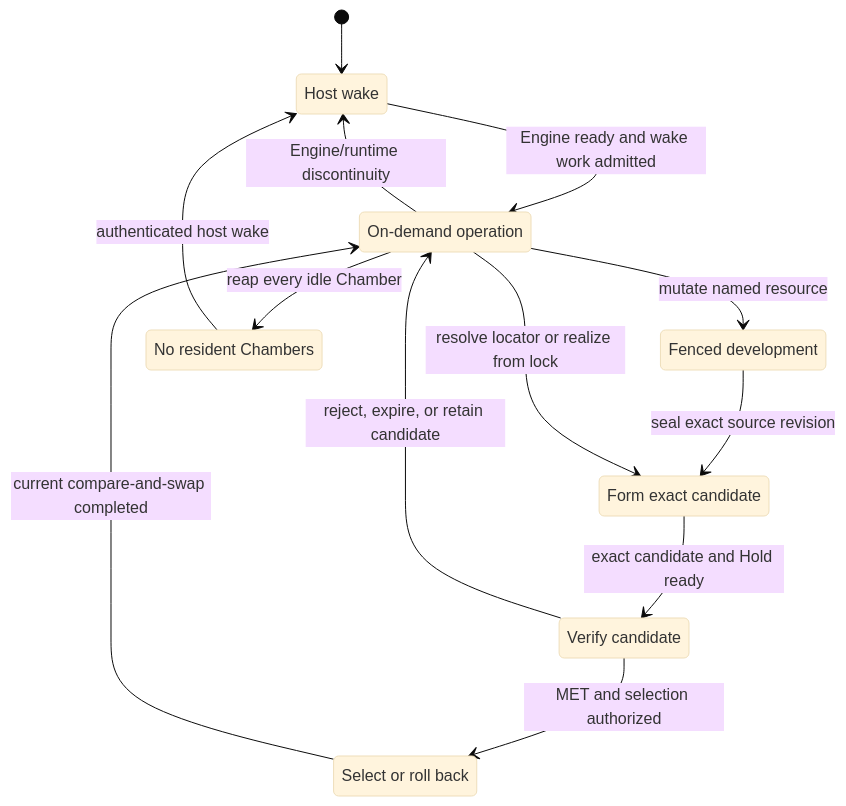
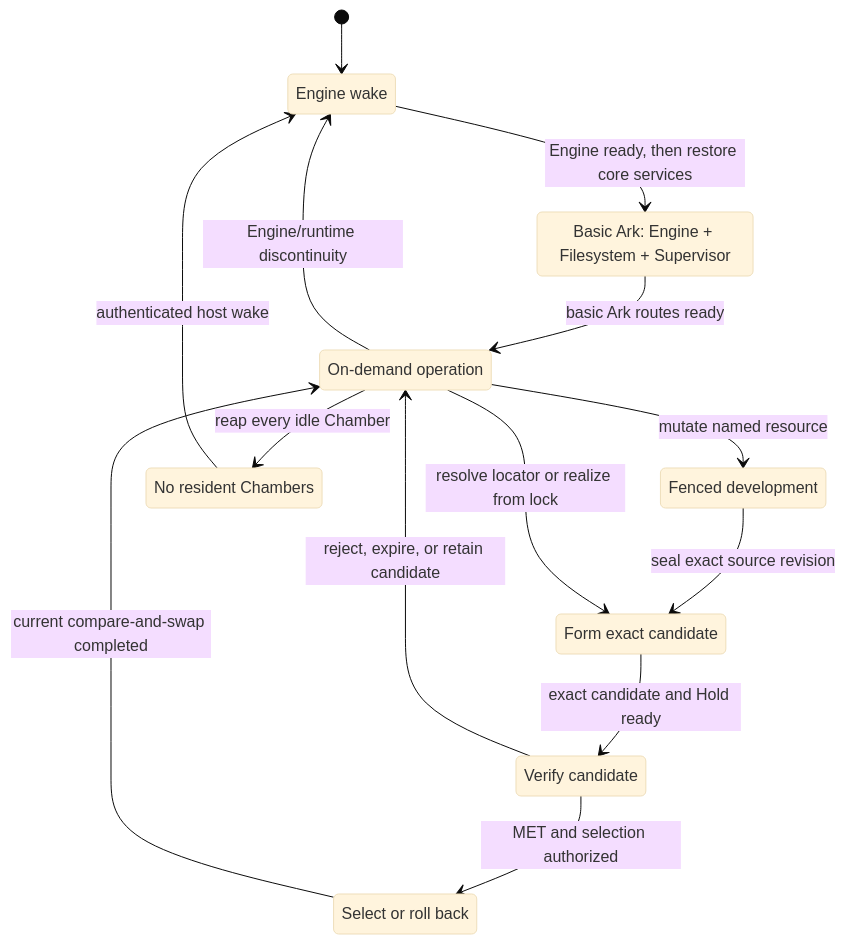
Before and after one commit to dreamcatcher-tech/chambers-lifecycle-explorer: the third of 12 diagrams in source/chambers-lifecycle-sequences.md, drawn with Mermaid (base theme). The commit also changed other lines of this file and 7 other files, not shown here.

````diff
--- a/source/chambers-lifecycle-sequences.md
+++ b/source/chambers-lifecycle-sequences.md
@@ -519,24 +569,26 @@
 ```mermaid
 stateDiagram-v2
     direction TB
-    state "Host wake" as Wake
+    state "Engine wake" as Wake
+    state "Basic Ark: Engine + Filesystem + Supervisor" as Basic
     state "On-demand operation" as Normal
     state "Fenced development" as Develop
     state "Form exact candidate" as Realize
     state "Verify candidate" as Verify
     state "Select or roll back" as Select
     state "No resident Chambers" as Quiescent
 
     [*] --> Wake
-    Wake --> Normal: Engine ready and wake work admitted
+    Wake --> Basic: Engine ready, then restore core services
+    Basic --> Normal: basic Ark routes ready
     Normal --> Develop: mutate named resource
     Develop --> Realize: seal exact source revision
     Normal --> Realize: resolve locator or realize from lock
     Realize --> Verify: exact candidate and Hold ready
     Verify --> Select: MET and selection authorized
     Verify --> Normal: reject, expire, or retain candidate
     Select --> Normal: current compare-and-swap completed
     Normal --> Quiescent: reap every idle Chamber
     Quiescent --> Wake: authenticated host wake
     Normal --> Wake: Engine/runtime discontinuity
 ```
````
